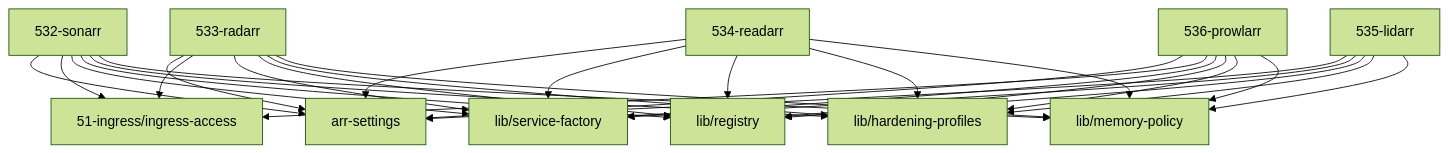
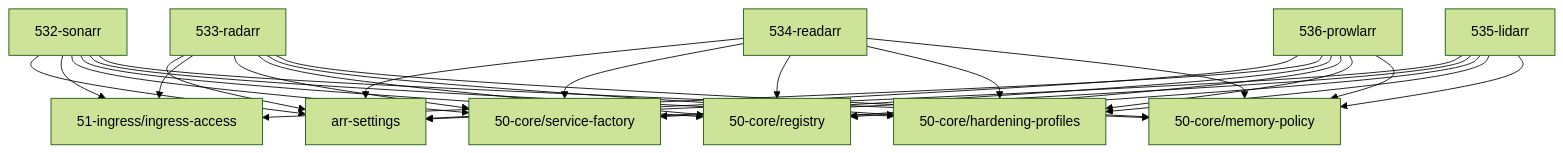
The diagram in 53-acquisition/AGENTS.md (grapefruit89/mediNix-core), drawn with Mermaid (forest theme) before and after one commit. The commit also changed other lines of this file and 79 other files, not shown here.

Commit message:
refactor(repo): resolve lib/ into 50-core, packages, and tests

````diff
--- a/53-acquisition/AGENTS.md
+++ b/53-acquisition/AGENTS.md
@@ -60,32 +60,32 @@
 ```mermaid
 graph TD
   532_sonarr["532-sonarr"] --> arr_settings["53-acquisition/arr-settings"]
   532_sonarr["532-sonarr"] --> ingress_access["51-ingress/ingress-access"]
-  532_sonarr["532-sonarr"] --> service_factory["lib/service-factory"]
-  532_sonarr["532-sonarr"] --> registry["lib/registry"]
-  532_sonarr["532-sonarr"] --> hardening_profiles["lib/hardening-profiles"]
-  532_sonarr["532-sonarr"] --> memory_policy["lib/memory-policy"]
+  532_sonarr["532-sonarr"] --> service_factory["50-core/service-factory"]
+  532_sonarr["532-sonarr"] --> registry["50-core/registry"]
+  532_sonarr["532-sonarr"] --> hardening_profiles["50-core/hardening-profiles"]
+  532_sonarr["532-sonarr"] --> memory_policy["50-core/memory-policy"]
   533_radarr["533-radarr"] --> arr_settings["53-acquisition/arr-settings"]
   533_radarr["533-radarr"] --> ingress_access["51-ingress/ingress-access"]
-  533_radarr["533-radarr"] --> service_factory["lib/service-factory"]
-  533_radarr["533-radarr"] --> registry["lib/registry"]
-  533_radarr["533-radarr"] --> hardening_profiles["lib/hardening-profiles"]
-  533_radarr["533-radarr"] --> memory_policy["lib/memory-policy"]
+  533_radarr["533-radarr"] --> service_factory["50-core/service-factory"]
+  533_radarr["533-radarr"] --> registry["50-core/registry"]
+  533_radarr["533-radarr"] --> hardening_profiles["50-core/hardening-profiles"]
+  533_radarr["533-radarr"] --> memory_policy["50-core/memory-policy"]
   534_readarr["534-readarr"] --> arr_settings["53-acquisition/arr-settings"]
-  534_readarr["534-readarr"] --> service_factory["lib/service-factory"]
-  534_readarr["534-readarr"] --> registry["lib/registry"]
-  534_readarr["534-readarr"] --> hardening_profiles["lib/hardening-profiles"]
-  534_readarr["534-readarr"] --> memory_policy["lib/memory-policy"]
+  534_readarr["534-readarr"] --> service_factory["50-core/service-factory"]
+  534_readarr["534-readarr"] --> registry["50-core/registry"]
+  534_readarr["534-readarr"] --> hardening_profiles["50-core/hardening-profiles"]
+  534_readarr["534-readarr"] --> memory_policy["50-core/memory-policy"]
   535_lidarr["535-lidarr"] --> arr_settings["53-acquisition/arr-settings"]
-  535_lidarr["535-lidarr"] --> service_factory["lib/service-factory"]
-  535_lidarr["535-lidarr"] --> registry["lib/registry"]
-  535_lidarr["535-lidarr"] --> hardening_profiles["lib/hardening-profiles"]
-  535_lidarr["535-lidarr"] --> memory_policy["lib/memory-policy"]
+  535_lidarr["535-lidarr"] --> service_factory["50-core/service-factory"]
+  535_lidarr["535-lidarr"] --> registry["50-core/registry"]
+  535_lidarr["535-lidarr"] --> hardening_profiles["50-core/hardening-profiles"]
+  535_lidarr["535-lidarr"] --> memory_policy["50-core/memory-policy"]
   536_prowlarr["536-prowlarr"] --> arr_settings["53-acquisition/arr-settings"]
   536_prowlarr["536-prowlarr"] --> ingress_access["51-ingress/ingress-access"]
-  536_prowlarr["536-prowlarr"] --> service_factory["lib/service-factory"]
-  536_prowlarr["536-prowlarr"] --> registry["lib/registry"]
-  536_prowlarr["536-prowlarr"] --> hardening_profiles["lib/hardening-profiles"]
-  536_prowlarr["536-prowlarr"] --> memory_policy["lib/memory-policy"]
+  536_prowlarr["536-prowlarr"] --> service_factory["50-core/service-factory"]
+  536_prowlarr["536-prowlarr"] --> registry["50-core/registry"]
+  536_prowlarr["536-prowlarr"] --> hardening_profiles["50-core/hardening-profiles"]
+  536_prowlarr["536-prowlarr"] --> memory_policy["50-core/memory-policy"]
   arr_settings["arr-settings"]
 ```
````
